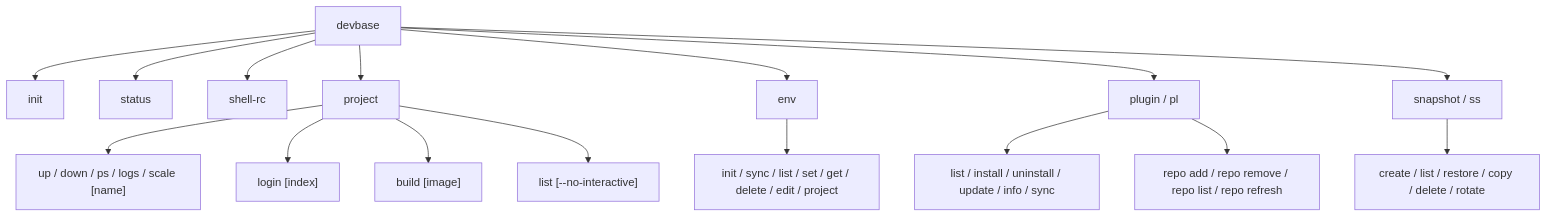
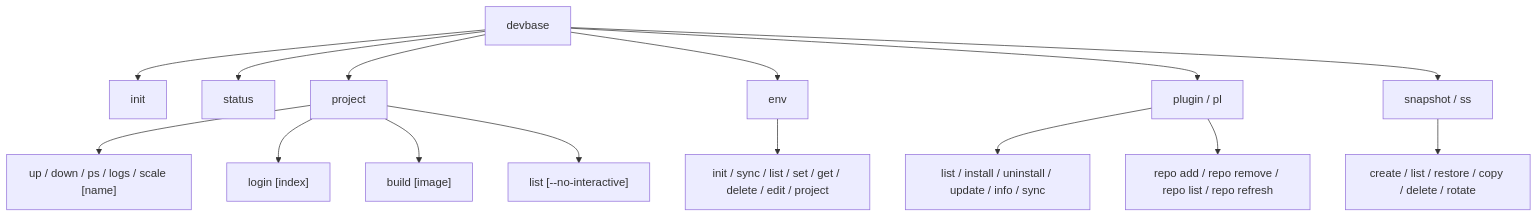
One commit to devbasex/devbase changed the diagram in docs/user/cli-reference.md. Above: the diagram before and after it, drawn with Mermaid. The commit also changed other lines of this file and 9 other files, not shown here.

````diff
--- a/docs/user/cli-reference.md
+++ b/docs/user/cli-reference.md
@@ -9,18 +9,17 @@
 ```mermaid
 graph TD
     A[devbase] --> B[init]
     A --> C[status]
-    A --> H[shell-rc]
     A --> D[project]
     A --> E[env]
     A --> F[plugin / pl]
     A --> G[snapshot / ss]
     D --> D1["up / down / ps / logs / scale [name]"]
     D --> D3["login [index]"]
     D --> D4["build [image]"]
     D --> D2["list [--no-interactive]"]
     E --> E1[init / sync / list / set / get / delete / edit / project]
     F --> F1[list / install / uninstall / update / info / sync]
     F --> F2[repo add / repo remove / repo list / repo refresh]
     G --> G1[create / list / restore / copy / delete / rotate]
 ```
````
